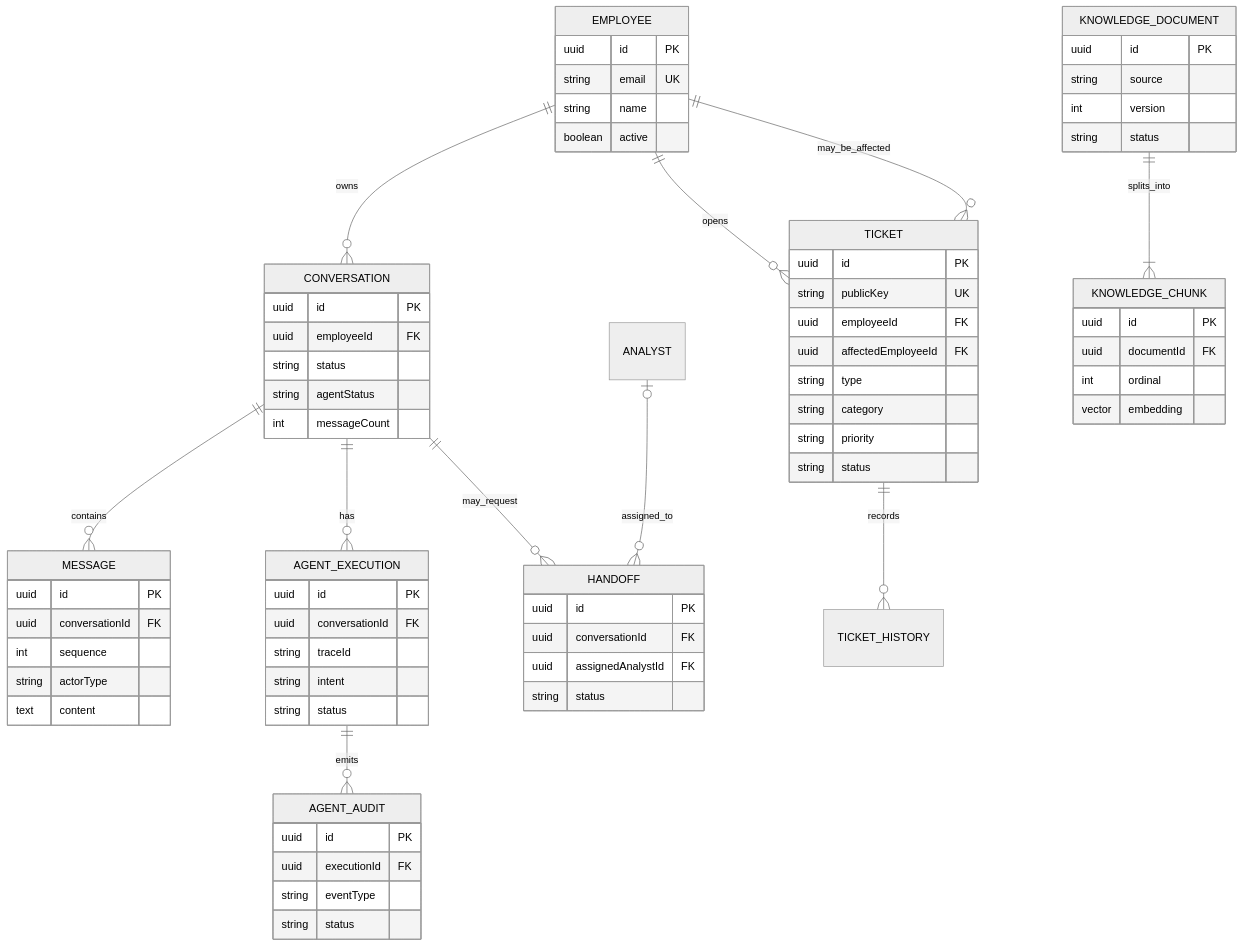
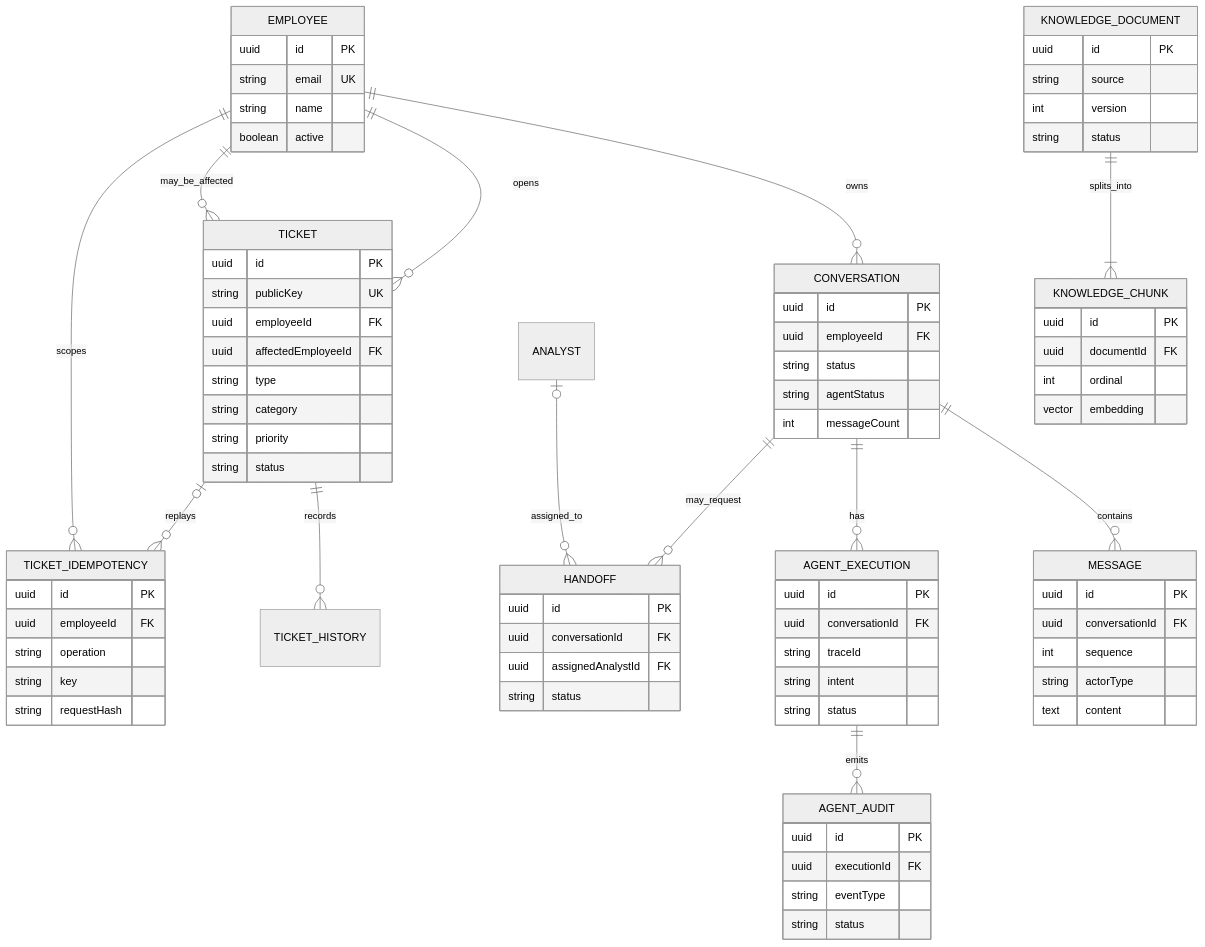
The first of 2 diagrams in docs/DATA_MODEL.md (lucianomenddes/nexo-assist), drawn with Mermaid (neutral theme) before and after one commit. The commit also changed other lines of this file and 28 other files, not shown here.

```diff
--- a/docs/DATA_MODEL.md
+++ b/docs/DATA_MODEL.md
@@ -48,6 +48,8 @@
     CONVERSATION ||--o{ HANDOFF : may_request
     ANALYST o|--o{ HANDOFF : assigned_to
     TICKET ||--o{ TICKET_HISTORY : records
+    EMPLOYEE ||--o{ TICKET_IDEMPOTENCY : scopes
+    TICKET o|--o{ TICKET_IDEMPOTENCY : replays
     AGENT_EXECUTION ||--o{ AGENT_AUDIT : emits
     KNOWLEDGE_DOCUMENT ||--|{ KNOWLEDGE_CHUNK : splits_into
 
@@ -87,6 +89,13 @@
         uuid assignedAnalystId FK
         string status
     }
+    TICKET_IDEMPOTENCY {
+        uuid id PK
+        uuid employeeId FK
+        string operation
+        string key
+        string requestHash
+    }
     AGENT_EXECUTION {
         uuid id PK
         uuid conversationId FK
```
